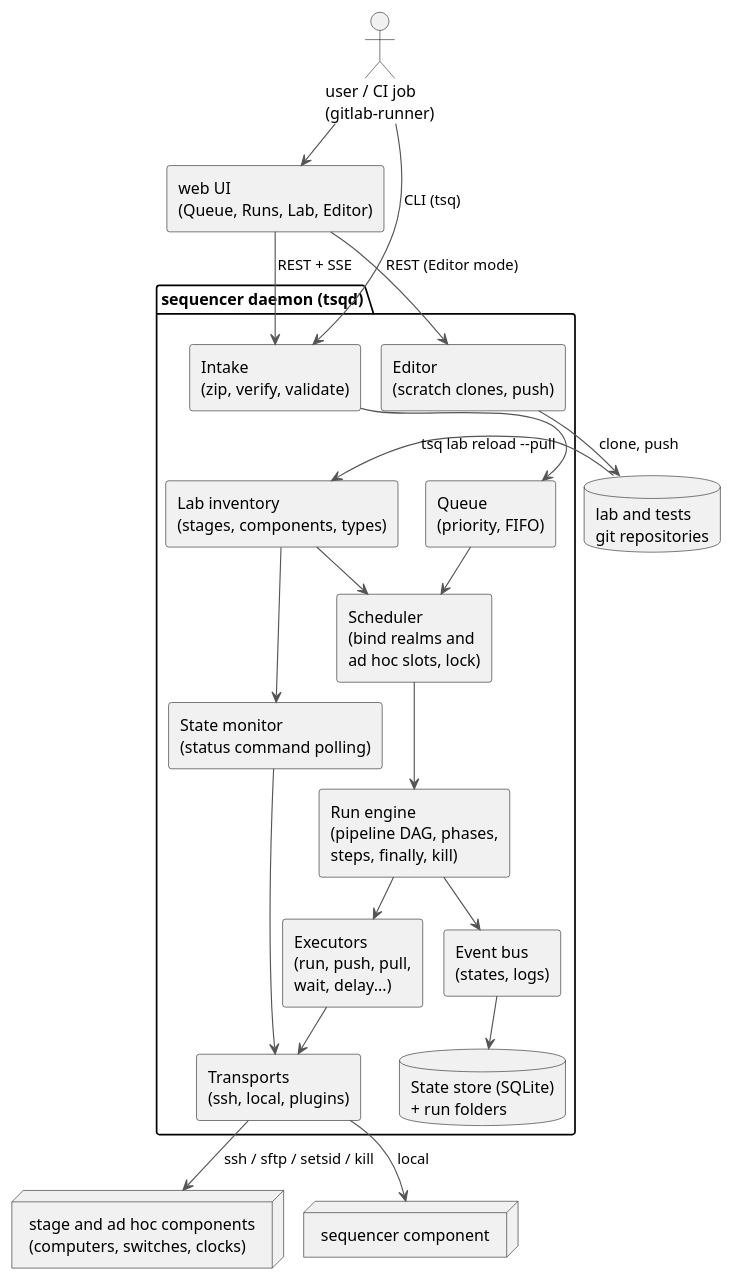
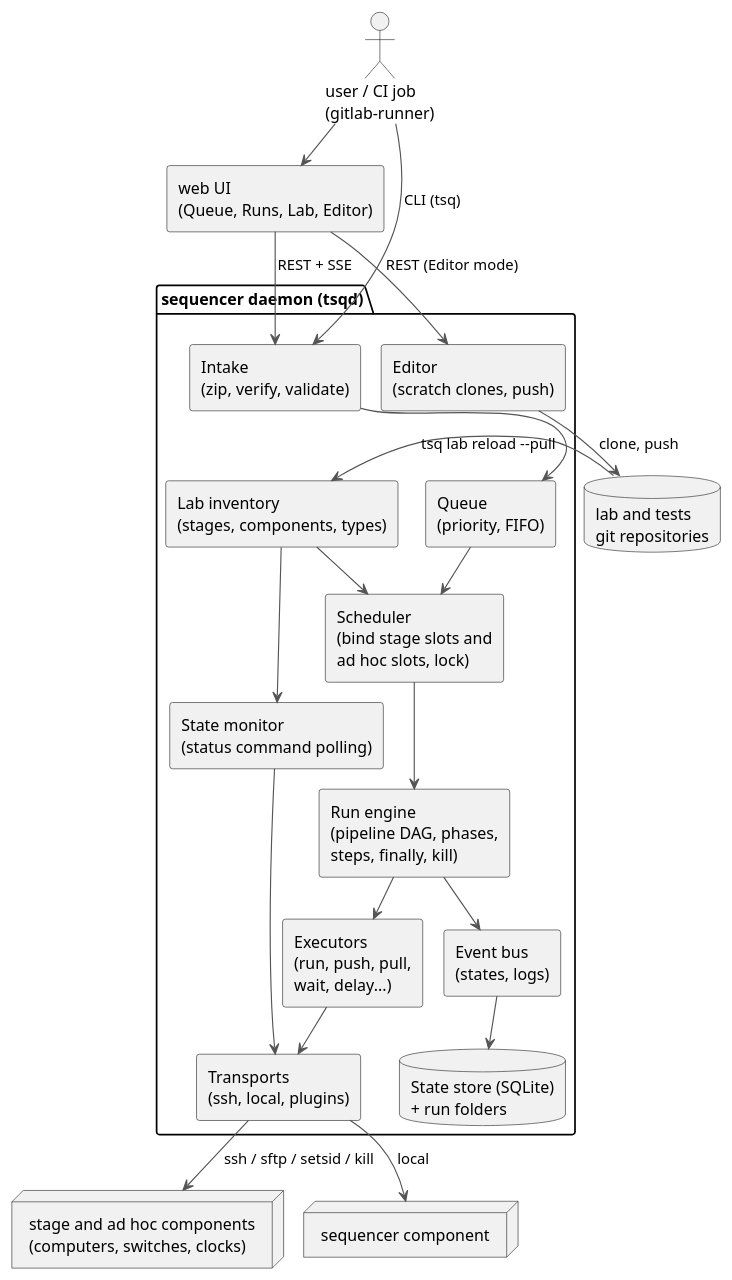
One commit to laurentmldev/testsuit changed the diagram in docs/diagrams/overview.puml. Above: the diagram before and after it, drawn with PlantUML. The commit also changed 39 other files, not shown here.

First line of the commit message:
Rename datapack realms to stage slots

```diff
--- a/docs/diagrams/overview.puml
+++ b/docs/diagrams/overview.puml
@@ -1,47 +1,47 @@
 @startuml overview
 !pragma layout smetana
 skinparam componentStyle rectangle
 skinparam shadowing false
 skinparam defaultFontName Helvetica
 skinparam ArrowColor #555555
 
 actor "user / CI job\n(gitlab-runner)" as user
 component "web UI\n(Queue, Runs, Lab, Editor)" as ui
 
 package "sequencer daemon (tsqd)" {
   component "Intake\n(zip, verify, validate)" as intake
   component "Queue\n(priority, FIFO)" as queue
-  component "Scheduler\n(bind realms and\nad hoc slots, lock)" as sched
+  component "Scheduler\n(bind stage slots and\nad hoc slots, lock)" as sched
   component "Run engine\n(pipeline DAG, phases,\nsteps, finally, kill)" as engine
   component "Executors\n(run, push, pull,\nwait, delay...)" as exec
   component "Transports\n(ssh, local, plugins)" as transports
   component "Lab inventory\n(stages, components, types)" as lab
   component "State monitor\n(status command polling)" as monitor
   component "Event bus\n(states, logs)" as bus
   database "State store (SQLite)\n+ run folders" as store
   component "Editor\n(scratch clones, push)" as editor
 }
 
 node "stage and ad hoc components\n(computers, switches, clocks)" as remote
 node "sequencer component" as local
 database "lab and tests\ngit repositories" as git
 
 user --> intake : CLI (tsq)
 user --> ui
 ui --> intake : REST + SSE
 ui --> editor : REST (Editor mode)
 intake --> queue
 queue --> sched
 sched --> engine
 engine --> exec
 exec --> transports
 lab --> sched
 lab --> monitor
 monitor --> transports
 engine --> bus
 bus --> store
 editor --> git : clone, push
 git --> lab : tsq lab reload --pull
 transports --> remote : ssh / sftp / setsid / kill
 transports --> local : local
 @enduml
```
